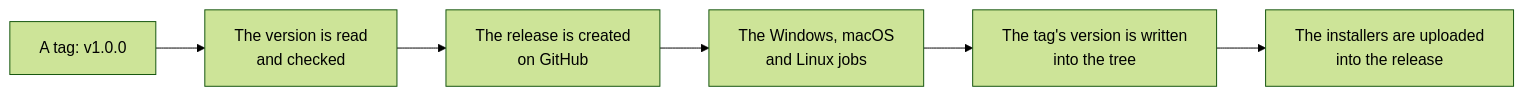
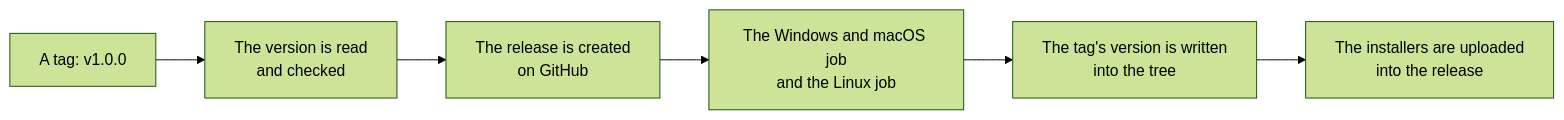
Before and after one commit to YueMi-Development/YueMi-Office: the diagram in docs/development.md, drawn with Mermaid (forest theme). The commit also changed other lines of this file and 10 other files, not shown here.

````diff
--- a/docs/development.md
+++ b/docs/development.md
@@ -221,8 +277,8 @@
 ```mermaid
 flowchart LR
     T["A tag: v1.0.0"] --> V["The version is read<br/>and checked"]
     V --> R["The release is created<br/>on GitHub"]
-    R --> W["The Windows, macOS<br/>and Linux jobs"]
+    R --> W["The Windows and macOS job<br/>and the Linux job"]
     W --> S["The tag's version is written<br/>into the tree"]
     S --> U["The installers are uploaded<br/>into the release"]
 ```
````
